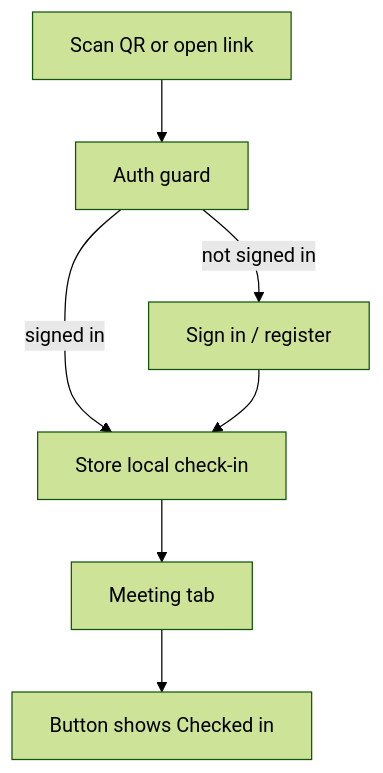
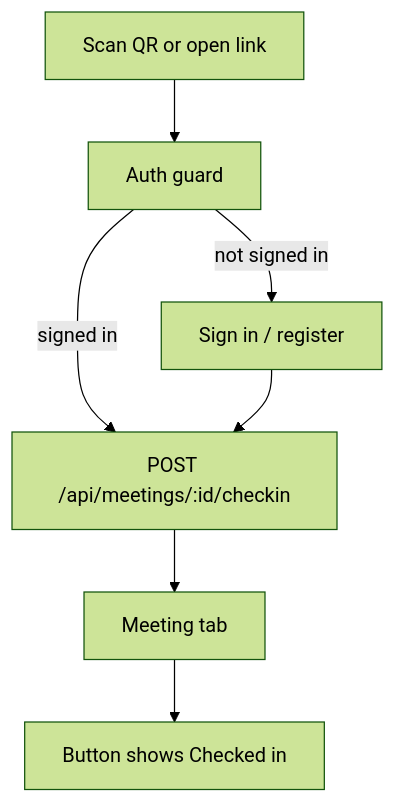
One commit to misu-tmc/misu changed the diagram in design/functionalities/check_in.md. Above: the diagram before and after it, drawn with Mermaid (forest theme). The commit also changed other lines of this file and 7 other files, not shown here.

````diff
--- a/design/functionalities/check_in.md
+++ b/design/functionalities/check_in.md
@@ -21,9 +42,9 @@
 ```mermaid
 flowchart TD
     Q[Scan QR or open link] --> A[Auth guard]
-    A -->|signed in| C[Store local check-in]
+    A -->|signed in| C[POST /api/meetings/:id/checkin]
     A -->|not signed in| S[Sign in / register]
     S --> C
     C --> M[Meeting tab]
     M --> DONE[Button shows Checked in]
 ```
````
